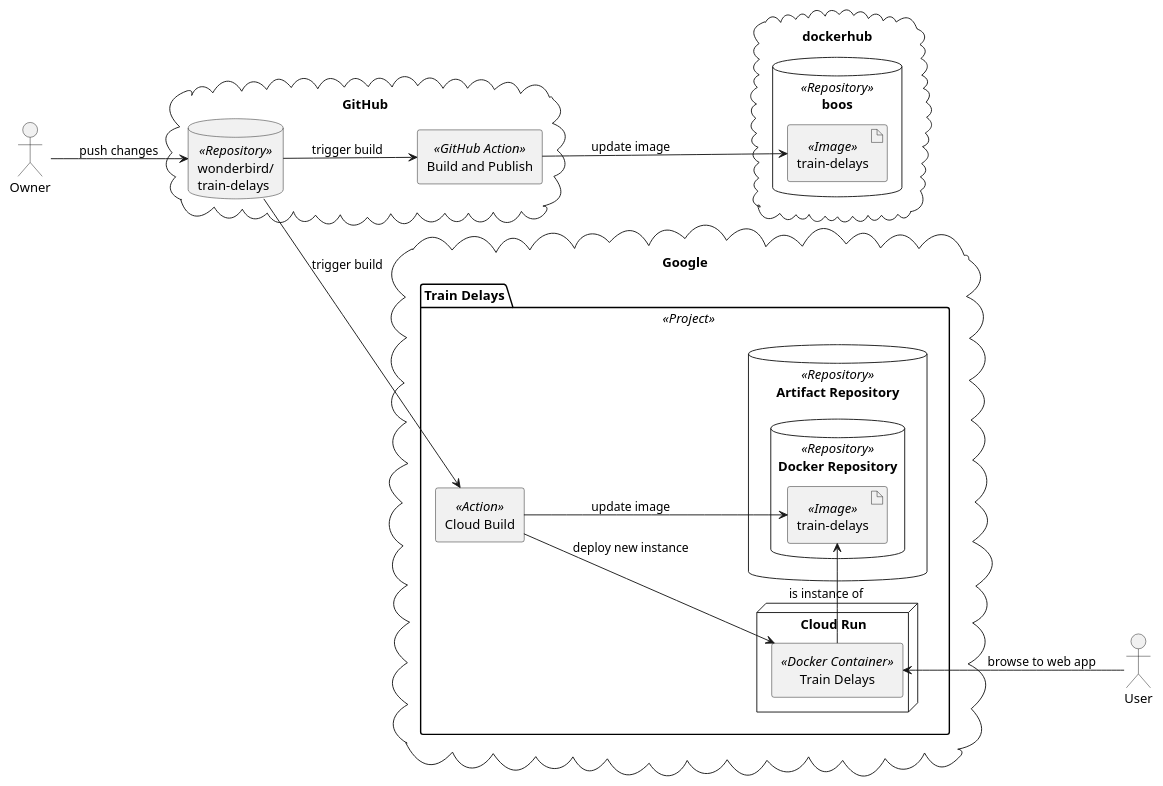
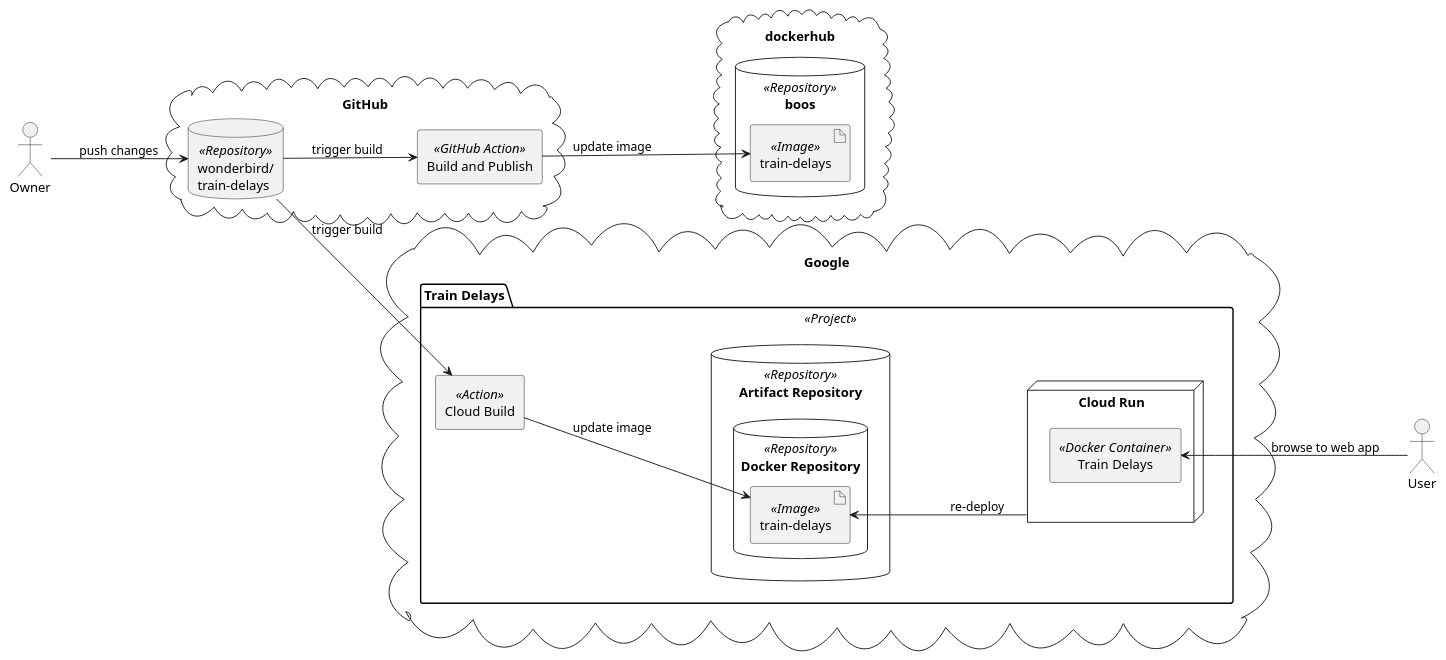
One commit to wonderbird/train-delays changed the diagram in docs/plantuml/deployment-view.puml. Above: the diagram before and after it, drawn with PlantUML. The commit also changed 1 other file, not shown here.

```diff
--- a/docs/plantuml/deployment-view.puml
+++ b/docs/plantuml/deployment-view.puml
@@ -1,45 +1,44 @@
 @startuml
 left to right direction
 
 actor Owner as owner
 actor User as user
 
 cloud GitHub {
     database "wonderbird/\ntrain-delays" <<Repository>> as gh_repo
     agent "Build and Publish" <<GitHub Action>> as gh_build
 }
 
 cloud dockerhub {
     database "boos" <<Repository>> {
         artifact "train-delays" <<Image>> as docker_image
     }
 }
 
 cloud "Google" {
     package "Train Delays" <<Project>> {
         agent "Cloud Build" <<Action>> as google_build
 
         database "Artifact Repository" <<Repository>> {
             database "Docker Repository" <<Repository>> {
                 artifact "train-delays" <<Image>> as google_image
             }
         }
 
-        node "Cloud Run" {
+        node "Cloud Run" as google_cloud_run {
             agent "Train Delays" <<Docker Container>> as google_container
         }
     }
 }
 
 owner --> gh_repo: push changes
 gh_repo --> gh_build: trigger build
 gh_repo --> google_build: trigger build
 
 gh_build --> docker_image: update image
 
 google_build --> google_image: update image
-google_build --> google_container: deploy new instance
-google_container -> google_image: is instance of
+google_image <-- google_cloud_run: re-deploy
 
 google_container <-- user: browse to web app
 @enduml
```
